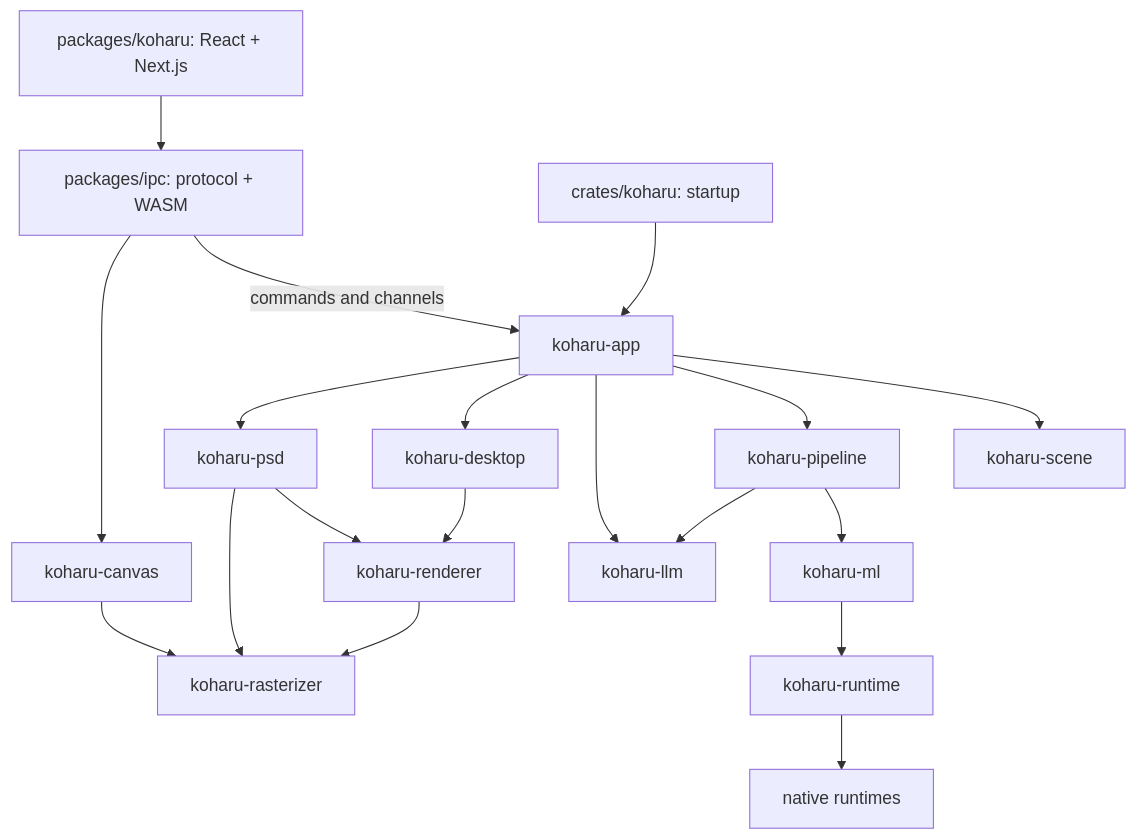
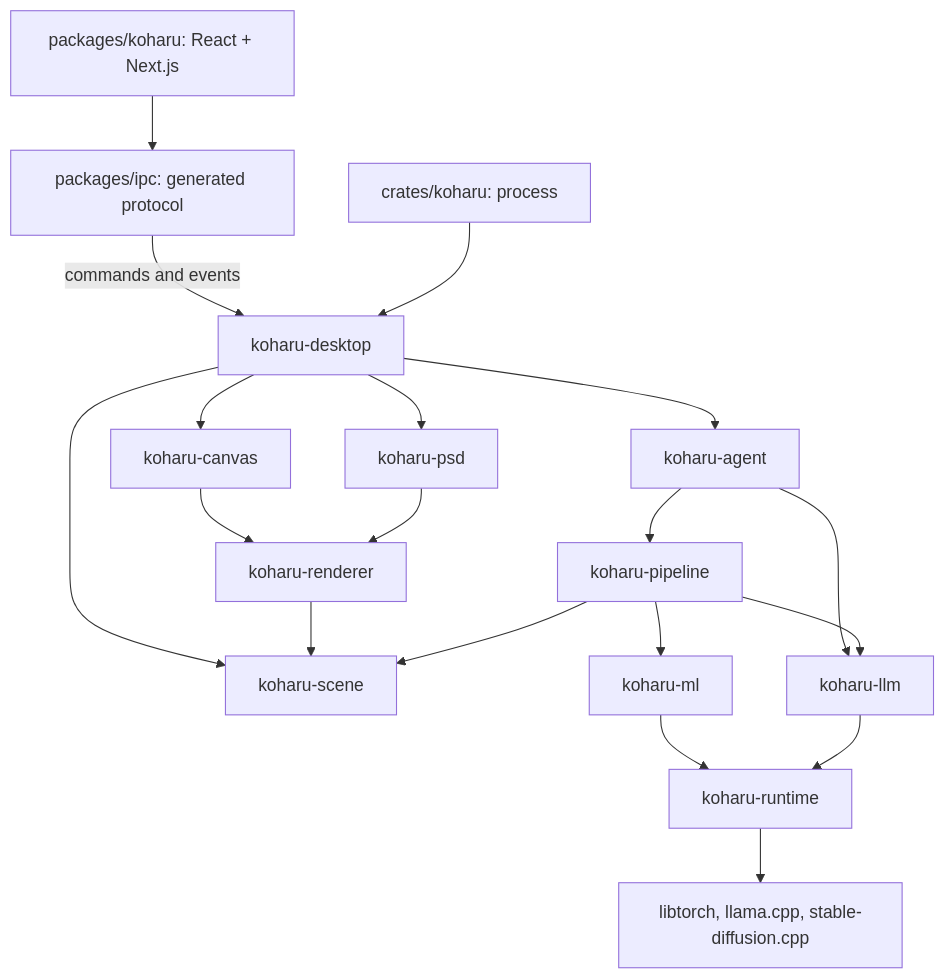
One commit to Endymi0n74/Koharu changed the diagram in packages/docs/development/architecture.mdx. Above: the diagram before and after it, drawn with Mermaid. The commit also changed other lines of this file and 75 other files, not shown here.

````diff
--- a/packages/docs/development/architecture.mdx
+++ b/packages/docs/development/architecture.mdx
@@ -9,14 +9,18 @@
 ```mermaid
 flowchart TB
-  ui["packages/koharu: React + Next.js"] --> ipc["packages/ipc: protocol + WASM"]
-  entry["crates/koharu: startup"] --> app["koharu-app"]
-  ipc -->|"commands and channels"| app
-  app --> scene["koharu-scene"]
-  app --> pipeline["koharu-pipeline"] --> ml["koharu-ml"] --> runtime["koharu-runtime"] --> native["native runtimes"]
-  app --> llm["koharu-llm"]
+  ui["packages/koharu: React + Next.js"] --> ipc["packages/ipc: generated protocol"]
+  ipc -->|"commands and events"| desktop["koharu-desktop"]
+  entry["crates/koharu: process"] --> desktop
+  desktop --> canvas["koharu-canvas"] --> renderer["koharu-renderer"]
+  desktop --> psd["koharu-psd"] --> renderer
+  desktop --> agent["koharu-agent"]
+  desktop --> scene["koharu-scene"]
+  agent --> pipeline["koharu-pipeline"]
+  agent --> llm["koharu-llm"]
   pipeline --> llm
-  app --> desktop["koharu-desktop"] --> renderer["koharu-renderer"] --> rasterizer["koharu-rasterizer"]
-  ipc --> canvas["koharu-canvas"] --> rasterizer
-  app --> psd["koharu-psd"] --> renderer
-  psd --> rasterizer
+  pipeline --> ml["koharu-ml"] --> runtime["koharu-runtime"]
+  llm --> runtime
+  renderer --> scene
+  pipeline --> scene
+  runtime --> native["libtorch, llama.cpp, stable-diffusion.cpp"]
 ```
````
